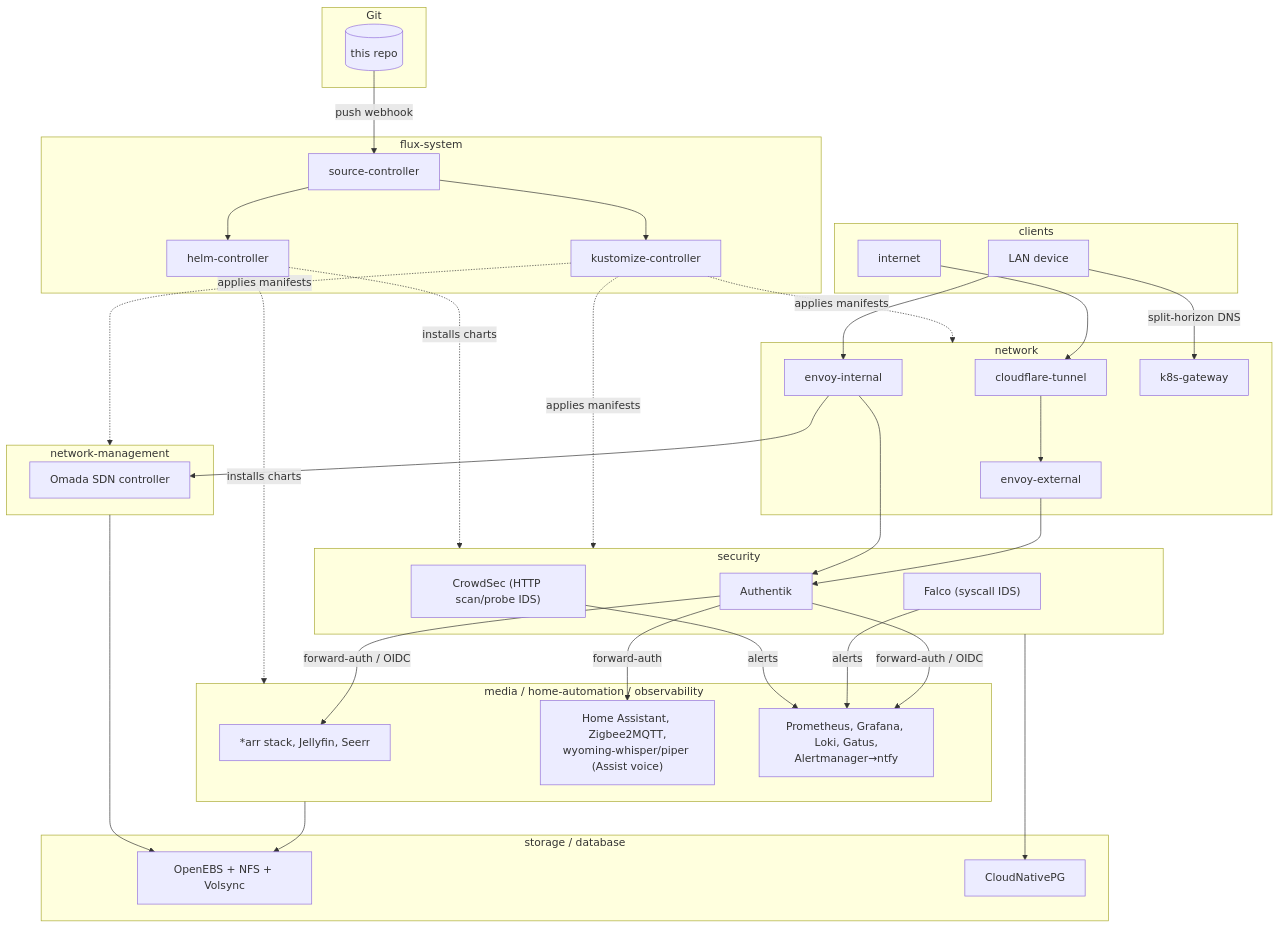
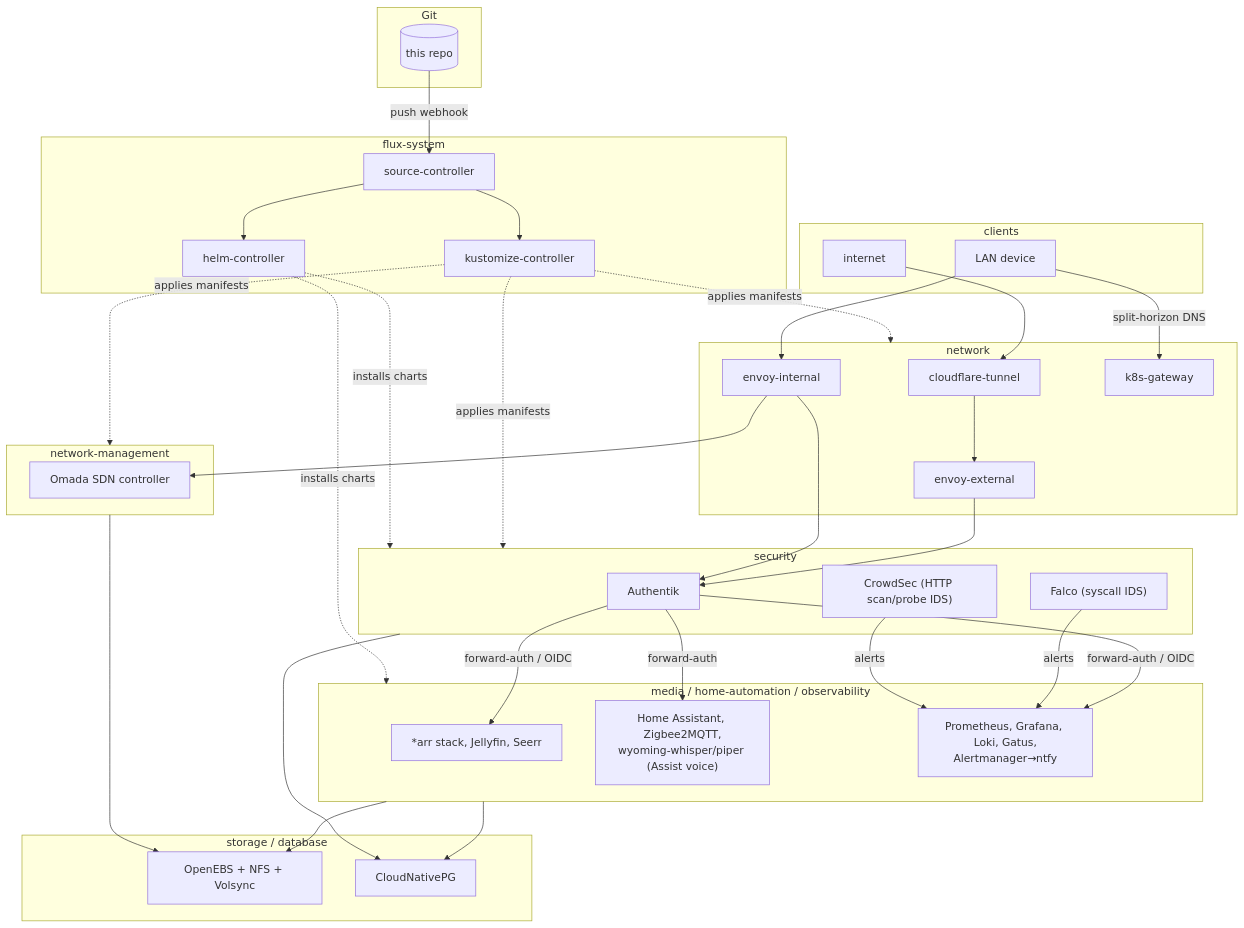
One commit to x00-sh/home-ops changed the diagram in README.md. Above: the diagram before and after it, drawn with Mermaid. The commit also changed other lines of this file, not shown here.

First line of the commit message:
Bring README architecture back in line with the running cluster

````diff
--- a/README.md
+++ b/README.md
@@ -22,75 +23,76 @@
 ```mermaid
 graph TB
     subgraph git["Git"]
         repo[("this repo")]
     end
 
     subgraph fluxsys["flux-system"]
         source["source-controller"]
         kustomize["kustomize-controller"]
         helmctl["helm-controller"]
     end
 
     repo -->|"push webhook"| source
     source --> kustomize
     source --> helmctl
 
     subgraph clients["clients"]
         lan["LAN device"]
         wan["internet"]
     end
 
     subgraph net["network"]
         tunnel["cloudflare-tunnel"]
         extgw["envoy-external"]
         intgw["envoy-internal"]
         dns["k8s-gateway"]
     end
 
     wan --> tunnel --> extgw
     lan -->|"split-horizon DNS"| dns
     lan --> intgw
 
     subgraph sec["security"]
         authentik["Authentik"]
         falco["Falco (syscall IDS)"]
         crowdsec["CrowdSec (HTTP scan/probe IDS)"]
     end
 
     extgw --> authentik
     intgw --> authentik
 
     subgraph netmgmt["network-management"]
         omada["Omada SDN controller"]
     end
 
     intgw --> omada
 
     subgraph apps["media / home-automation / observability"]
         media["*arr stack, Jellyfin, Seerr"]
         home["Home Assistant, Zigbee2MQTT,<br/>wyoming-whisper/piper (Assist voice)"]
         obs["Prometheus, Grafana, Loki, Gatus,<br/>Alertmanager&rarr;ntfy"]
     end
 
     authentik -->|"forward-auth / OIDC"| media
     authentik -->|"forward-auth"| home
     authentik -->|"forward-auth / OIDC"| obs
 
     falco -->|"alerts"| obs
     crowdsec -->|"alerts"| obs
 
     kustomize -.->|"applies manifests"| net
     kustomize -.->|"applies manifests"| sec
     kustomize -.->|"applies manifests"| netmgmt
     helmctl -.->|"installs charts"| apps
     helmctl -.->|"installs charts"| sec
 
     subgraph platform["storage / database"]
         storage["OpenEBS + NFS + Volsync"]
         db["CloudNativePG"]
     end
 
     apps --> storage
+    apps --> db
     netmgmt --> storage
     sec --> db
 ```
````
